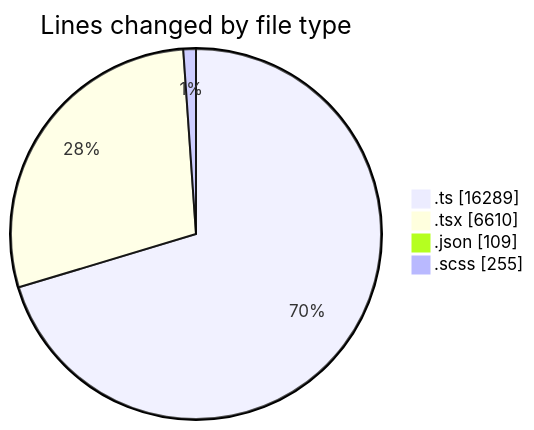
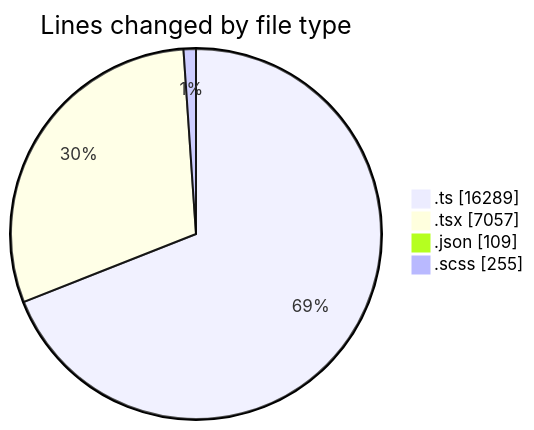
The first of 2 diagrams in 2025-07-04/cda/README.md (momahboobian/code-tracking), drawn with Mermaid before and after one commit. The commit also changed other lines of this file and 1 other file, not shown here.

````diff
--- a/2025-07-04/cda/README.md
+++ b/2025-07-04/cda/README.md
@@ -43,8 +44,8 @@
 ```mermaid
 pie showData
 title Lines changed by file type
 ".ts" : 16289
-".tsx" : 6610
+".tsx" : 7057
 ".json" : 109
 ".scss" : 255
 ```
````
